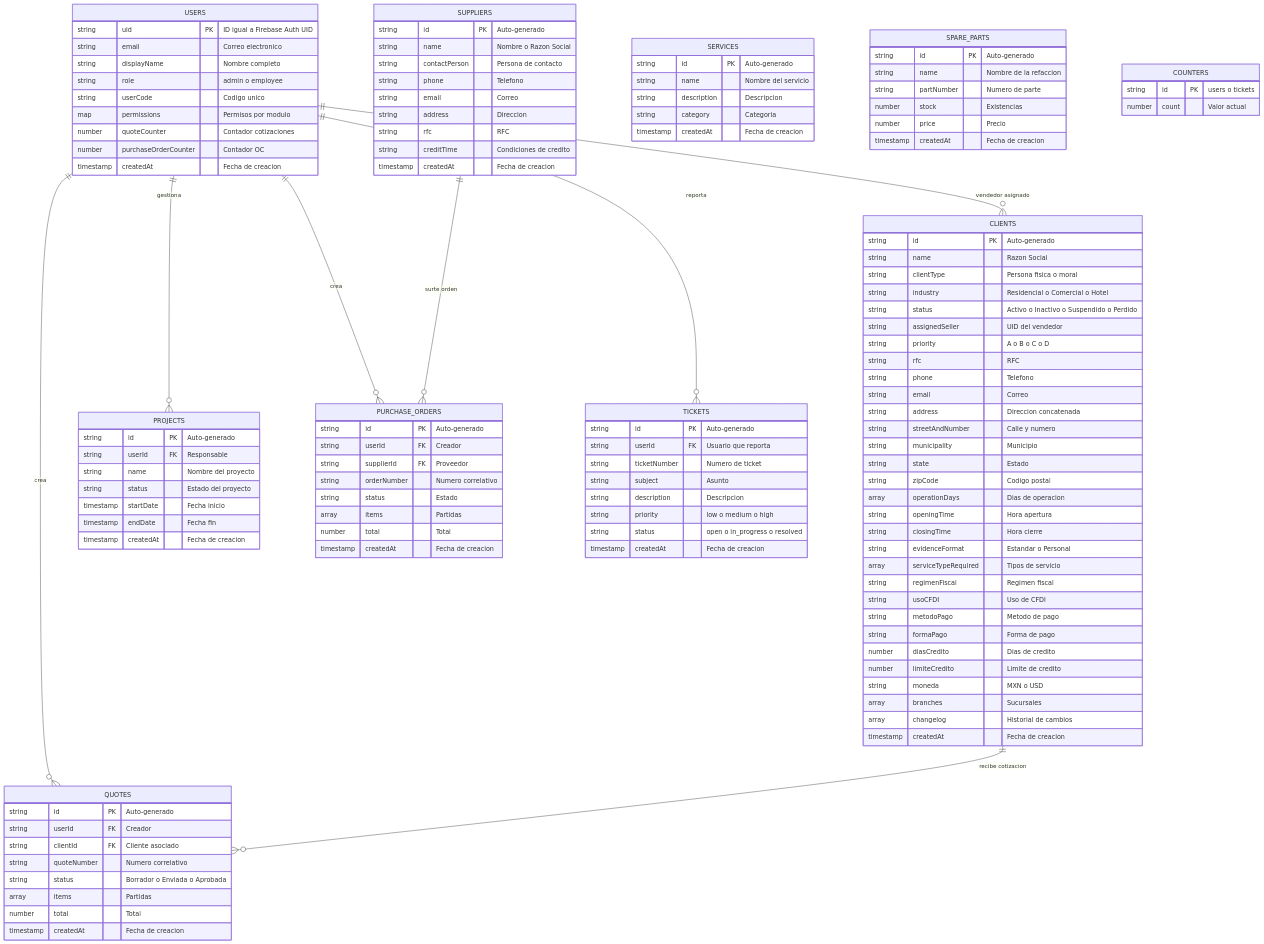
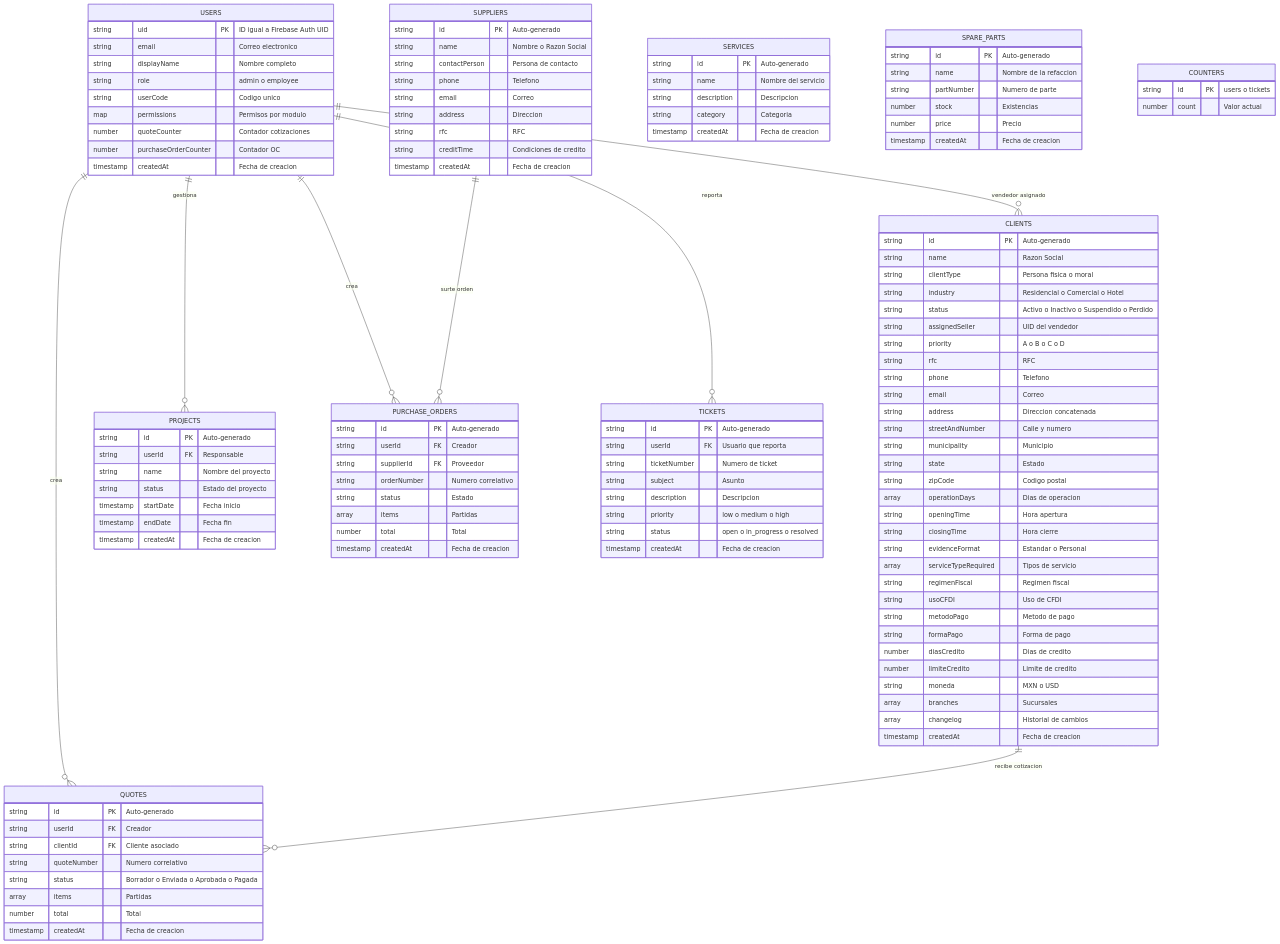
One commit to Lycar-Desarrollos/Lebaref-1.0 changed the diagram in docs/diagramas/03-modelo-de-datos-firestore.md. Above: the diagram before and after it, drawn with Mermaid. The commit also changed 19 other files, not shown here.

```diff
--- a/docs/diagramas/03-modelo-de-datos-firestore.md
+++ b/docs/diagramas/03-modelo-de-datos-firestore.md
@@ -52,7 +52,7 @@
         string userId FK "Creador"
         string clientId FK "Cliente asociado"
         string quoteNumber "Numero correlativo"
-        string status "Borrador o Enviada o Aprobada"
+        string status "Borrador o Enviada o Aprobada o Pagada"
         array items "Partidas"
         number total "Total"
         timestamp createdAt "Fecha de creacion"
```
